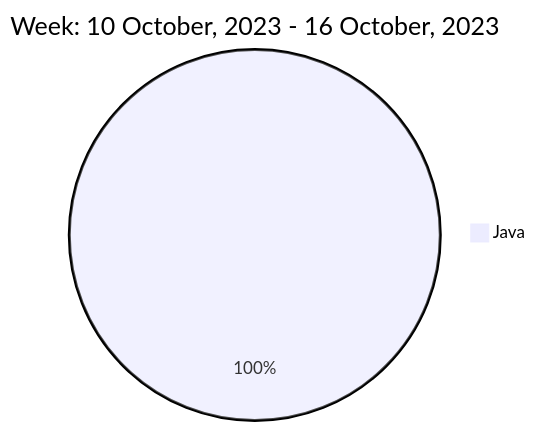
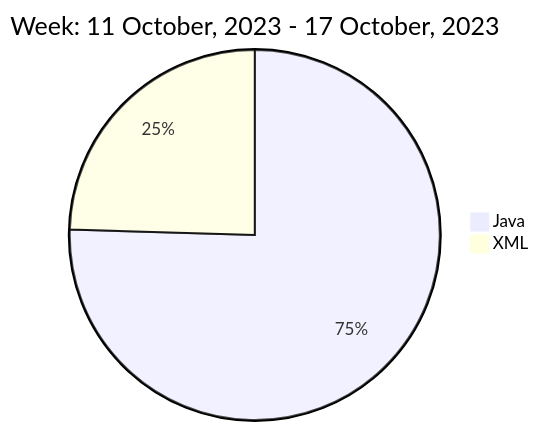
Before and after one commit to liubin95/liubin95: the diagram in README.md, drawn with Mermaid.

Commit message:
Updated the Graph with new Metrics

````diff
--- a/README.md
+++ b/README.md
@@ -40,5 +40,6 @@
 ```mermaid
  pie
-title Week: 10 October, 2023 - 16 October, 2023
- "Java" : 2.78
+title Week: 11 October, 2023 - 17 October, 2023
+ "Java" : 2.77
+ "XML" : 0.9
 ```
````
